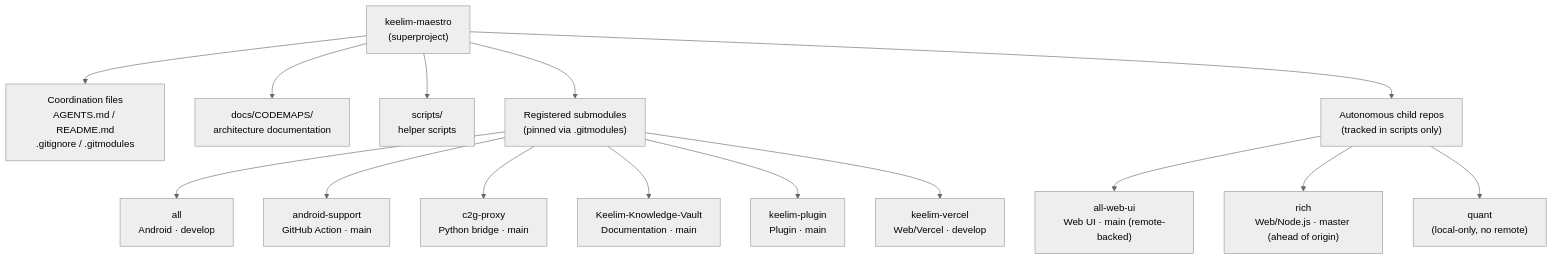
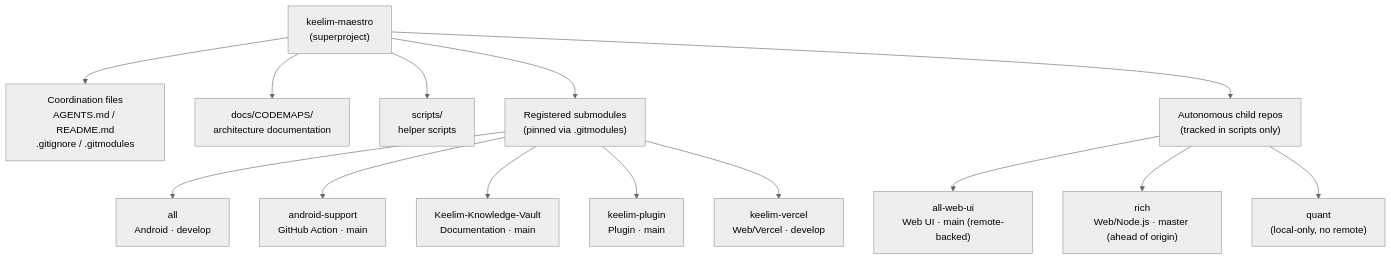
Before and after one commit to keelim/keelim-maestro: the diagram in docs/CODEMAPS/WORKSPACE.md, drawn with Mermaid (neutral theme). The commit also changed other lines of this file and 8 other files, not shown here.

````diff
--- a/docs/CODEMAPS/WORKSPACE.md
+++ b/docs/CODEMAPS/WORKSPACE.md
@@ -12,21 +12,20 @@
 ```mermaid
 flowchart TB
     root["keelim-maestro\n(superproject)"]
 
     root --> coord["Coordination files\nAGENTS.md / README.md\n.gitignore / .gitmodules"]
     root --> docs["docs/CODEMAPS/\narchitecture documentation"]
     root --> scripts["scripts/\nhelper scripts"]
     root --> submodules["Registered submodules\n(pinned via .gitmodules)"]
     root --> autonomous["Autonomous child repos\n(tracked in scripts only)"]
 
     submodules --> all["all\nAndroid · develop"]
     submodules --> android["android-support\nGitHub Action · main"]
-    submodules --> c2g["c2g-proxy\nPython bridge · main"]
     submodules --> vault["Keelim-Knowledge-Vault\nDocumentation · main"]
     submodules --> plugin["keelim-plugin\nPlugin · main"]
     submodules --> vercel["keelim-vercel\nWeb/Vercel · develop"]
 
     autonomous --> webui["all-web-ui\nWeb UI · main (remote-backed)"]
     autonomous --> rich["rich\nWeb/Node.js · master (ahead of origin)"]
     autonomous --> quant["quant\n(local-only, no remote)"]
 ```
````
